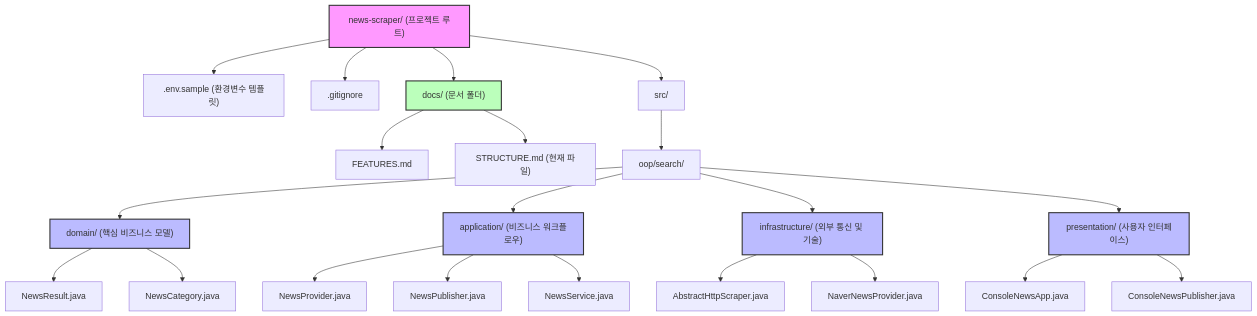
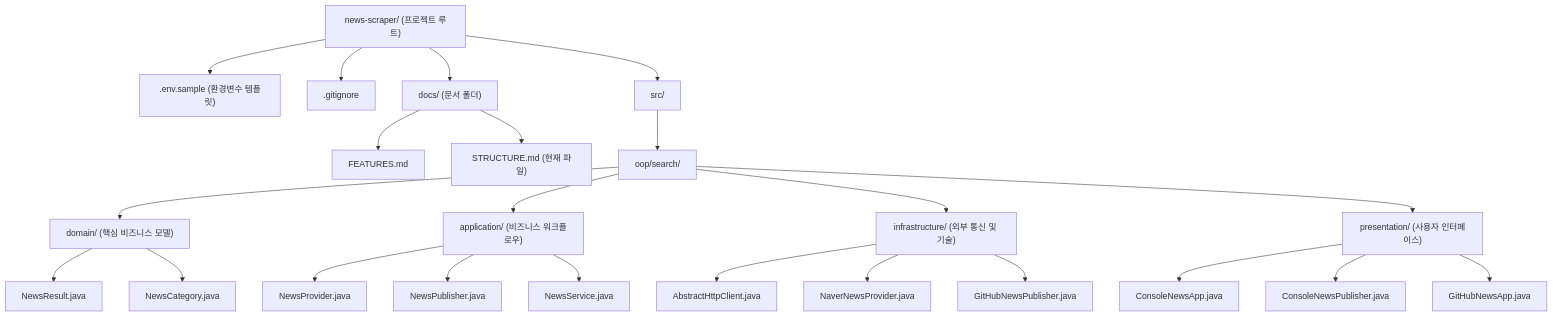
Before and after one commit to ImJhoon/news-scraper: the diagram in docs/STRUCTURE.md, drawn with Mermaid.

Commit message:
docs: STRUCTURE.md에서 다크모드 가독성을 해치는 커스텀 스타일 제거 및 최신 파일 구조(GitHub 연동) 반영

````diff
--- a/docs/STRUCTURE.md
+++ b/docs/STRUCTURE.md
@@ -5,46 +5,40 @@
 ```mermaid
 graph TD
     Root["news-scraper/ (프로젝트 루트)"]
     
     %% 최상위 설정 파일
     Root --> EnvSample[".env.sample (환경변수 템플릿)"]
     Root --> GitIgnore[".gitignore"]
     
     %% 문서
     Root --> Docs["docs/ (문서 폴더)"]
     Docs --> FeaturesMD["FEATURES.md"]
     Docs --> StructureMD["STRUCTURE.md (현재 파일)"]
     
     %% 소스 코드 루트
     Root --> Src["src/"]
     Src --> OOP["oop/search/"]
     
     %% 도메인 계층
     OOP --> Domain["domain/ (핵심 비즈니스 모델)"]
     Domain --> NewsResult["NewsResult.java"]
     Domain --> NewsCategory["NewsCategory.java"]
     
     %% 애플리케이션 계층
     OOP --> App["application/ (비즈니스 워크플로우)"]
     App --> NewsProvider["NewsProvider.java"]
     App --> NewsPublisher["NewsPublisher.java"]
     App --> NewsService["NewsService.java"]
     
     %% 인프라스트럭처 계층
     OOP --> Infra["infrastructure/ (외부 통신 및 기술)"]
-    Infra --> AbstractHttpScraper["AbstractHttpScraper.java"]
+    Infra --> AbstractHttpClient["AbstractHttpClient.java"]
     Infra --> NaverNewsProvider["NaverNewsProvider.java"]
+    Infra --> GitHubNewsPublisher["GitHubNewsPublisher.java"]
     
     %% 프레젠테이션 계층
     OOP --> Presentation["presentation/ (사용자 인터페이스)"]
     Presentation --> ConsoleNewsApp["ConsoleNewsApp.java"]
     Presentation --> ConsoleNewsPublisher["ConsoleNewsPublisher.java"]
-    
-    %% 스타일링
-    style Root fill:#f9f,stroke:#333,stroke-width:2px
-    style Domain fill:#bbf,stroke:#333,stroke-width:2px
-    style App fill:#bbf,stroke:#333,stroke-width:2px
-    style Infra fill:#bbf,stroke:#333,stroke-width:2px
-    style Presentation fill:#bbf,stroke:#333,stroke-width:2px
-    style Docs fill:#bfb,stroke:#333,stroke-width:2px
+    Presentation --> GitHubNewsApp["GitHubNewsApp.java"]
 ```
````
